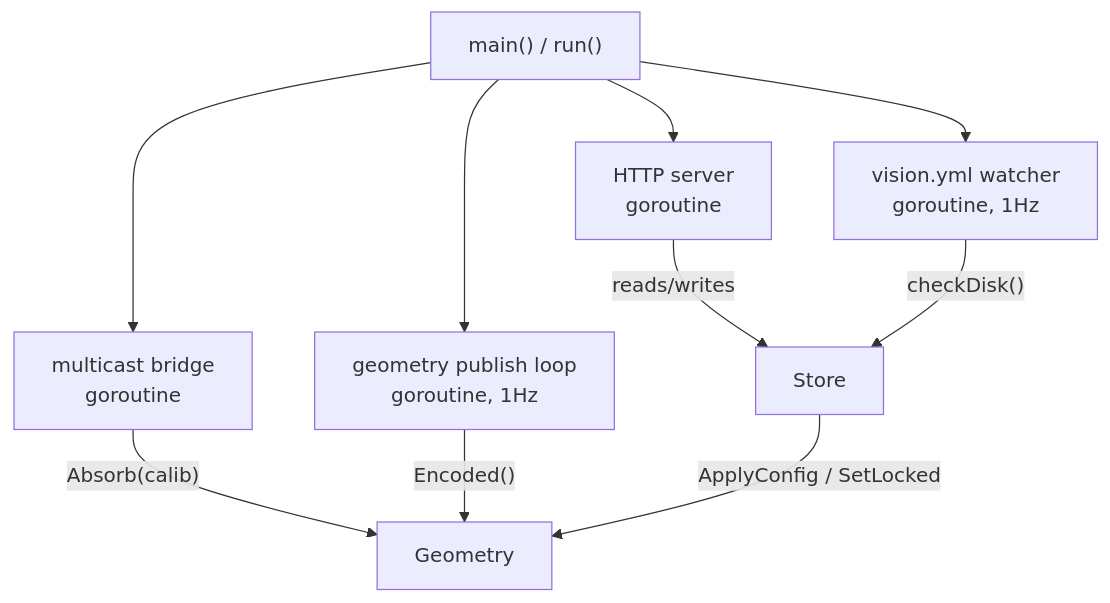
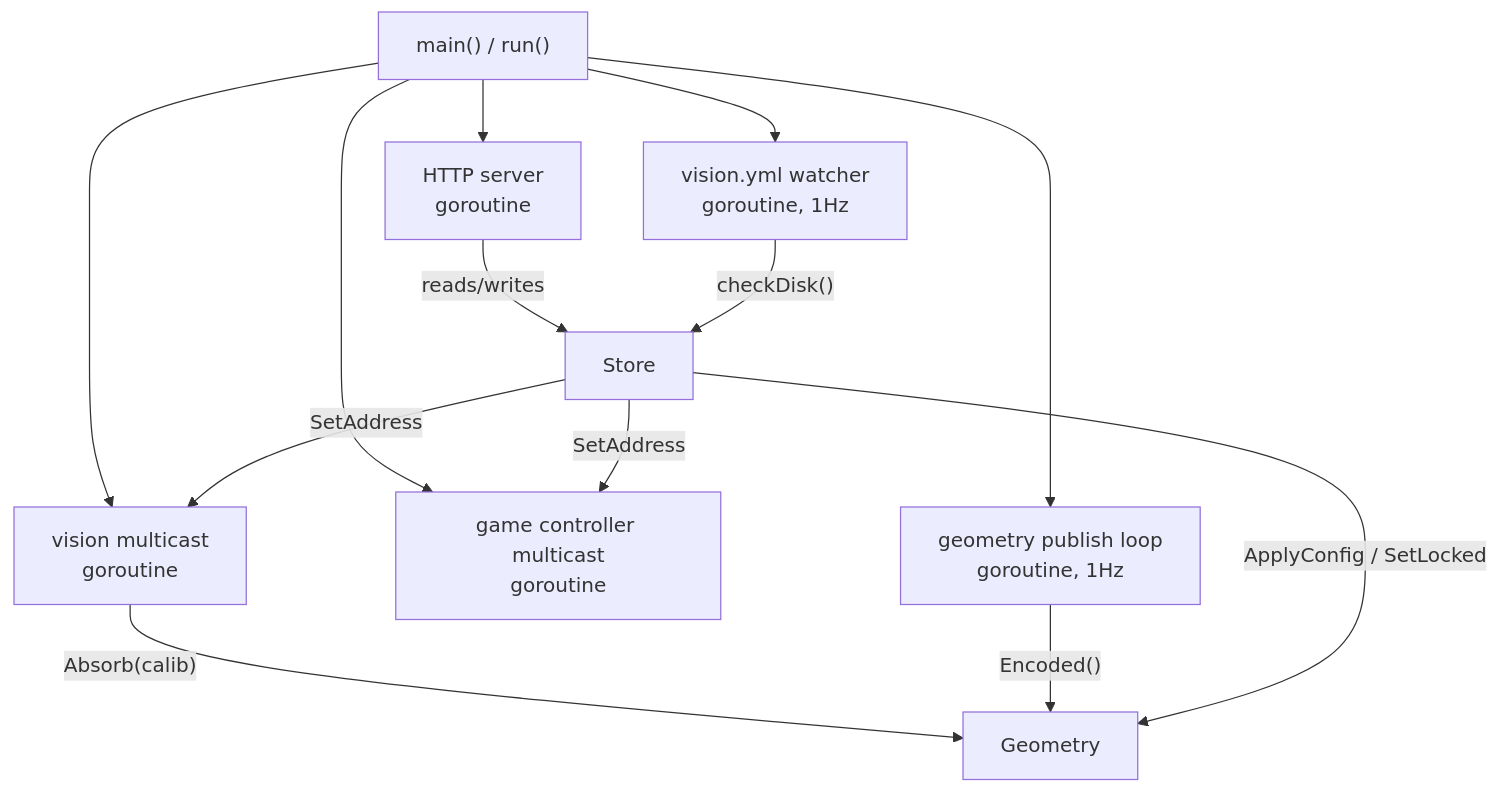
The second of 4 diagrams in gui/ARCHITECTURE.md (RoboCup-SSL/ssl-vision-processor), drawn with Mermaid before and after one commit. The commit also changed other lines of this file and 29 other files, not shown here.

````diff
--- a/gui/ARCHITECTURE.md
+++ b/gui/ARCHITECTURE.md
@@ -51,18 +51,22 @@
 ```mermaid
 graph TD
     main["main() / run()"]
     http["HTTP server\ngoroutine"]
-    bridge["multicast bridge\ngoroutine"]
+    vision["vision multicast\ngoroutine"]
+    gc["game controller multicast\ngoroutine"]
     publish["geometry publish loop\ngoroutine, 1Hz"]
     watch["vision.yml watcher\ngoroutine, 1Hz"]
 
     main --> http
-    main --> bridge
+    main --> vision
+    main --> gc
     main --> publish
     main --> watch
-    bridge -- "Absorb(calib)" --> Geometry
+    vision -- "Absorb(calib)" --> Geometry
     publish -- "Encoded()" --> Geometry
     http -- "reads/writes" --> Store
     watch -- "checkDisk()" --> Store
     Store -- "ApplyConfig / SetLocked" --> Geometry
+    Store -- "SetAddress" --> vision
+    Store -- "SetAddress" --> gc
 ```
````
